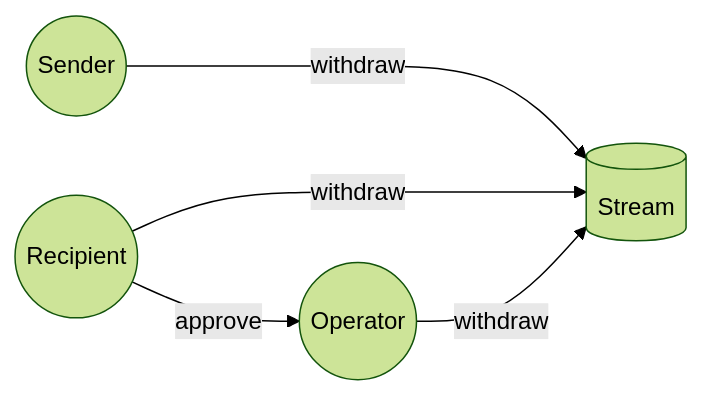
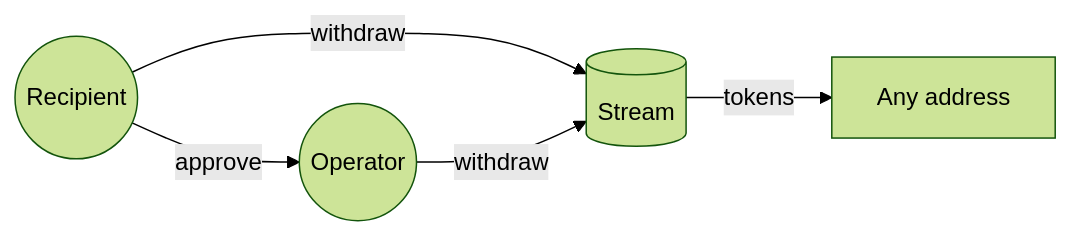
Before and after one commit to sablier-labs/docs: the seventh of 8 diagrams in docs/contracts/v2/reference/05-access-control.md, drawn with Mermaid (forest theme). The commit also changed other lines of this file and 154 other files, not shown here.

````diff
--- a/docs/contracts/v2/reference/05-access-control.md
+++ b/docs/contracts/v2/reference/05-access-control.md
@@ -107,12 +126,12 @@
 ```mermaid
 flowchart LR;
-    sender((Sender));
     recipient((Recipient));
     operator((Operator));
     stream[(Stream)];
+    toAddress[Any address];
 
-    sender -- withdraw --->stream;
     recipient -- withdraw -->stream;
     recipient -- approve -->operator;
     operator -- withdraw -->stream;
+    stream -- tokens --> toAddress;
 ```
````
